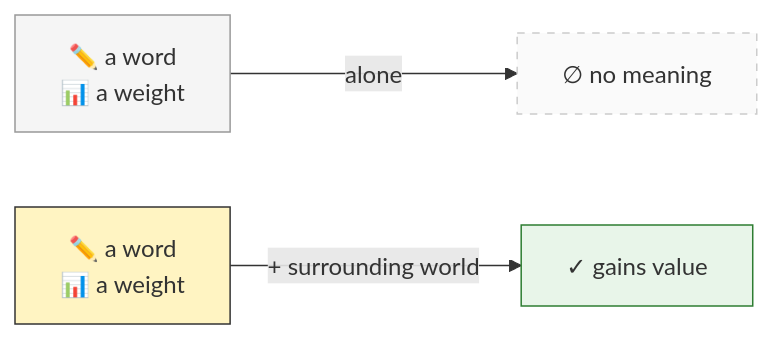
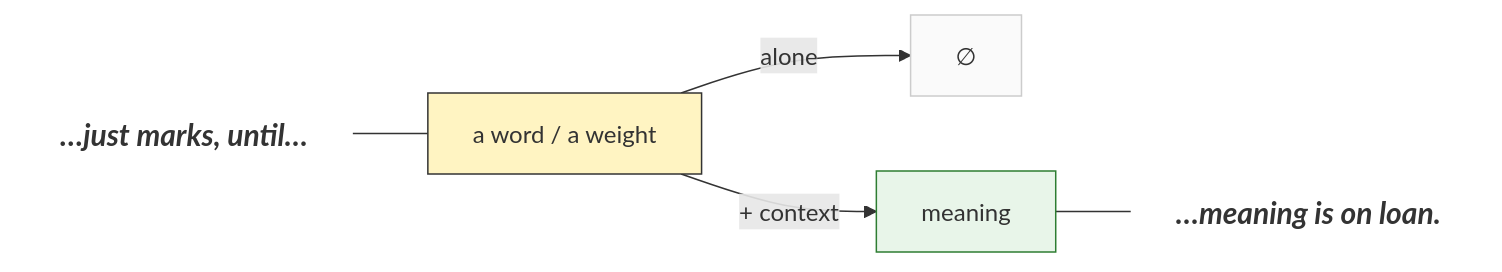
Before and after one commit to ArthurSrz/knowledge_glossary: the first of 5 diagrams in daily/2026-06-28 - The Society of Knowledge - Words and weights as marks.md, drawn with Mermaid. The commit also changed other lines of this file, not shown here.

````diff
--- a/daily/2026-06-28 - The Society of Knowledge - Words and weights as marks.md
+++ b/daily/2026-06-28 - The Society of Knowledge - Words and weights as marks.md
@@ -5,9 +5,11 @@
 ```mermaid
 graph LR
-    W["✏️ a word<br/>📊 a weight"] -->|"alone"| N["∅ no meaning"]
-    W2["✏️ a word<br/>📊 a weight"] -->|"+ surrounding world"| V["✓ gains value"]
-    style W fill:#f5f5f5,stroke:#999
-    style N fill:#fafafa,stroke:#ccc,stroke-dasharray:5 5
-    style W2 fill:#fff4c2,stroke:#333
-    style V fill:#e8f5e9,stroke:#2e7d32
+    LEAD["…just marks, until…"]:::ghost --- W["a word / a weight"]
+    W -->|"alone"| N["∅"]
+    W -->|"+ context"| M["meaning"]
+    M --- TAIL["…meaning is on loan."]:::ghost
+    classDef ghost fill:none,stroke:none,color:#333,font-size:20px,font-style:italic,font-weight:bold
+    style W fill:#fff4c2,stroke:#333
+    style N fill:#fafafa,stroke:#ccc
+    style M fill:#e8f5e9,stroke:#2e7d32
 ```
````
